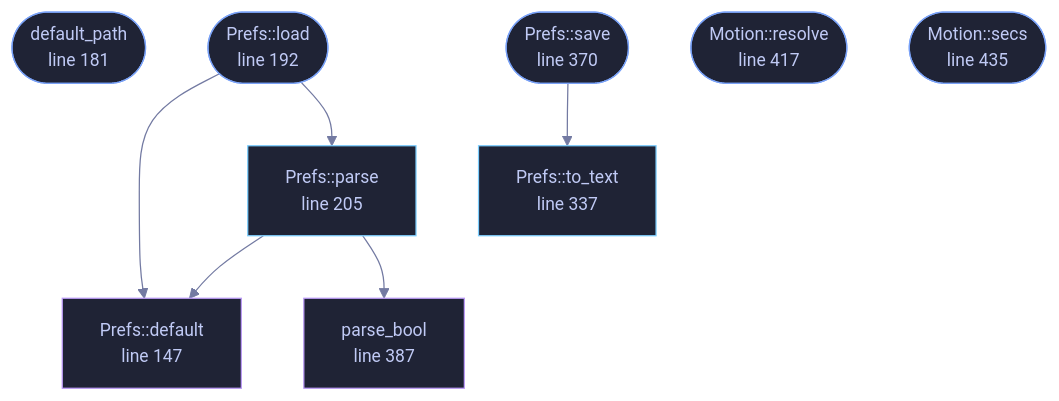
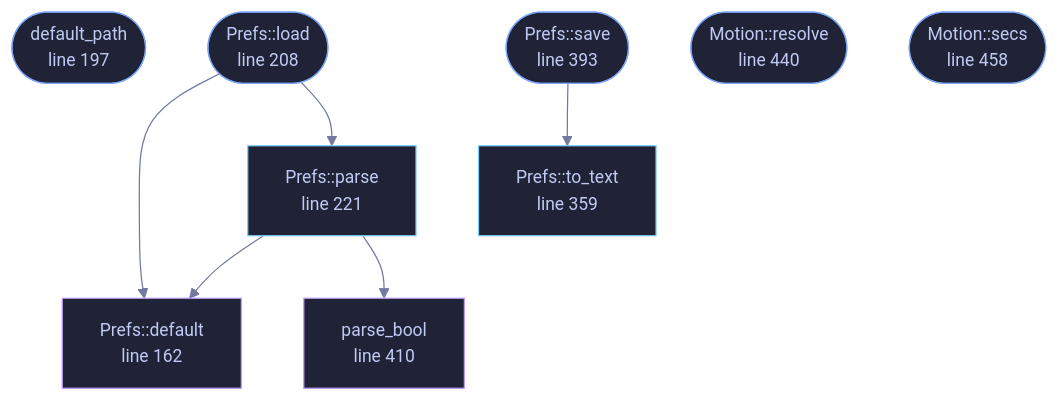
The diagram in wiki/File-veilvoice-gui-prefs.md (tilas01/veilvoice), drawn with Mermaid before and after one commit. The commit also changed other lines of this file and 49 other files, not shown here.

First line of the commit message:
graphics: acceleration is a switch, and a test that had a sound card

````diff
--- a/wiki/File-veilvoice-gui-prefs.md
+++ b/wiki/File-veilvoice-gui-prefs.md
@@ -94,33 +94,33 @@
 ```mermaid
 %%{init: {"theme":"base","themeVariables":{"background":"#1a1b26","primaryColor":"#1f2335","primaryTextColor":"#c0caf5","primaryBorderColor":"#7aa2f7","secondaryColor":"#16161e","tertiaryColor":"#16161e","lineColor":"#737aa2","textColor":"#c0caf5","mainBkg":"#1f2335","nodeBorder":"#7aa2f7","clusterBkg":"#16161e","clusterBorder":"#2f3549","fontFamily":"ui-monospace, SFMono-Regular, Consolas, monospace","fontSize":"14px"}}}%%
 flowchart TD
-    n_default["Prefs::default<br/>line 147"]
-    n_default_path(["default_path<br/>line 181"])
-    n_load(["Prefs::load<br/>line 192"])
-    n_parse["Prefs::parse<br/>line 205"]
-    n_to_text["Prefs::to_text<br/>line 337"]
-    n_save(["Prefs::save<br/>line 370"])
-    n_parse_bool["parse_bool<br/>line 387"]
-    n_resolve(["Motion::resolve<br/>line 417"])
-    n_secs(["Motion::secs<br/>line 435"])
+    n_default["Prefs::default<br/>line 162"]
+    n_default_path(["default_path<br/>line 197"])
+    n_load(["Prefs::load<br/>line 208"])
+    n_parse["Prefs::parse<br/>line 221"]
+    n_to_text["Prefs::to_text<br/>line 359"]
+    n_save(["Prefs::save<br/>line 393"])
+    n_parse_bool["parse_bool<br/>line 410"]
+    n_resolve(["Motion::resolve<br/>line 440"])
+    n_secs(["Motion::secs<br/>line 458"])
     n_load --> n_default
     n_load --> n_parse
     n_parse --> n_default
     n_parse --> n_parse_bool
     n_save --> n_to_text
-    click n_default href "https://github.com/tilas01/veilvoice/blob/main/crates/veilvoice-gui/src/prefs.rs#L147" "open the source"
-    click n_default_path href "https://github.com/tilas01/veilvoice/blob/main/crates/veilvoice-gui/src/prefs.rs#L181" "open the source"
-    click n_load href "https://github.com/tilas01/veilvoice/blob/main/crates/veilvoice-gui/src/prefs.rs#L192" "open the source"
-    click n_parse href "https://github.com/tilas01/veilvoice/blob/main/crates/veilvoice-gui/src/prefs.rs#L205" "open the source"
-    click n_to_text href "https://github.com/tilas01/veilvoice/blob/main/crates/veilvoice-gui/src/prefs.rs#L337" "open the source"
-    click n_save href "https://github.com/tilas01/veilvoice/blob/main/crates/veilvoice-gui/src/prefs.rs#L370" "open the source"
-    click n_parse_bool href "https://github.com/tilas01/veilvoice/blob/main/crates/veilvoice-gui/src/prefs.rs#L387" "open the source"
-    click n_resolve href "https://github.com/tilas01/veilvoice/blob/main/crates/veilvoice-gui/src/prefs.rs#L417" "open the source"
-    click n_secs href "https://github.com/tilas01/veilvoice/blob/main/crates/veilvoice-gui/src/prefs.rs#L435" "open the source"
+    click n_default href "https://github.com/tilas01/veilvoice/blob/main/crates/veilvoice-gui/src/prefs.rs#L162" "open the source"
+    click n_default_path href "https://github.com/tilas01/veilvoice/blob/main/crates/veilvoice-gui/src/prefs.rs#L197" "open the source"
+    click n_load href "https://github.com/tilas01/veilvoice/blob/main/crates/veilvoice-gui/src/prefs.rs#L208" "open the source"
+    click n_parse href "https://github.com/tilas01/veilvoice/blob/main/crates/veilvoice-gui/src/prefs.rs#L221" "open the source"
+    click n_to_text href "https://github.com/tilas01/veilvoice/blob/main/crates/veilvoice-gui/src/prefs.rs#L359" "open the source"
+    click n_save href "https://github.com/tilas01/veilvoice/blob/main/crates/veilvoice-gui/src/prefs.rs#L393" "open the source"
+    click n_parse_bool href "https://github.com/tilas01/veilvoice/blob/main/crates/veilvoice-gui/src/prefs.rs#L410" "open the source"
+    click n_resolve href "https://github.com/tilas01/veilvoice/blob/main/crates/veilvoice-gui/src/prefs.rs#L440" "open the source"
+    click n_secs href "https://github.com/tilas01/veilvoice/blob/main/crates/veilvoice-gui/src/prefs.rs#L458" "open the source"
     classDef entry fill:#1f2335,stroke:#7aa2f7,color:#c0caf5
     class n_default_path,n_load,n_save,n_resolve,n_secs entry
     classDef api fill:#1f2335,stroke:#7dcfff,color:#c0caf5
     class n_parse,n_to_text api
     classDef helper fill:#1f2335,stroke:#bb9af7,color:#c0caf5
     class n_default,n_parse_bool helper
 ```
````
